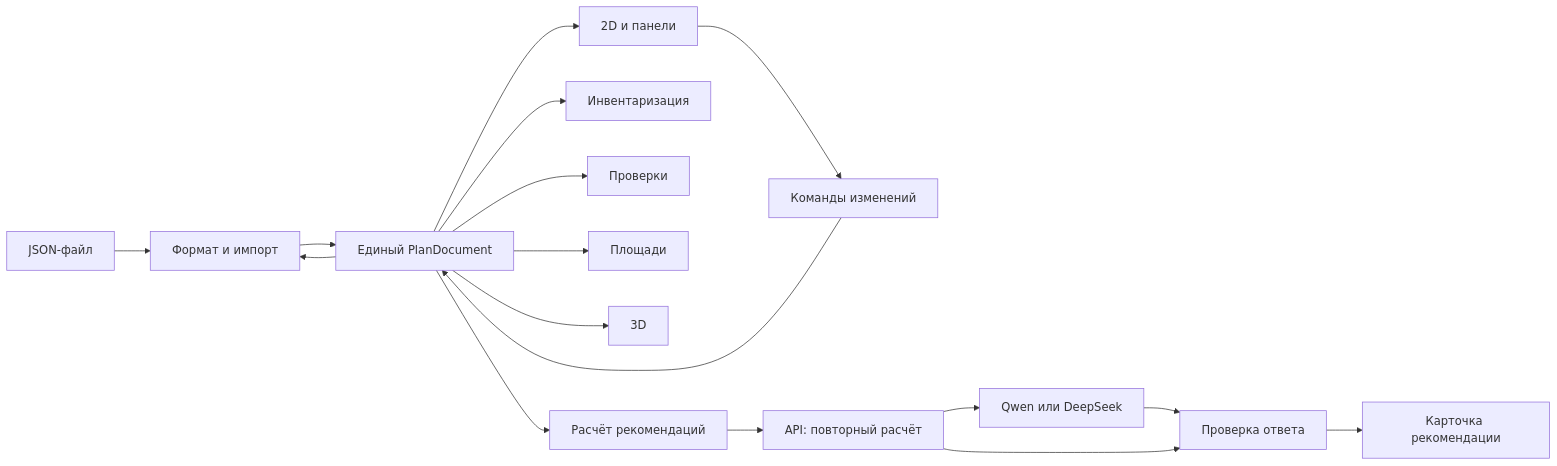
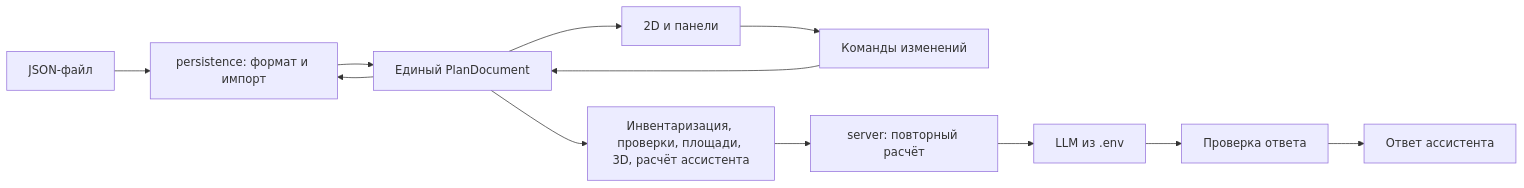
Before and after one commit to Chichetin/tsifrovoy-dvoynik-otdeleniya-pochty-rossii: the diagram in docs/architecture.md, drawn with Mermaid. The commit also changed other lines of this file and 13 other files, not shown here.

Commit message:
docs: research удалён, architecture и decisions сокращены, правило записи в документы (#77)

````diff
--- a/docs/architecture.md
+++ b/docs/architecture.md
@@ -65,19 +9,14 @@
 ```mermaid
 flowchart LR
-  File[JSON-файл] --> Codec[Формат и импорт]
+  File[JSON-файл] --> Codec[persistence: формат и импорт]
   Codec --> State[Единый PlanDocument]
   UI[2D и панели] --> Commands[Команды изменений]
   Commands --> State
   State --> UI
-  State --> Inventory[Инвентаризация]
-  State --> Checks[Проверки]
-  State --> Metrics[Площади]
-  State --> View3D[3D]
-  State --> Calc[Расчёт рекомендаций]
+  State --> Derived[Инвентаризация, проверки, площади, 3D, расчёт ассистента]
   State --> Codec
-  Calc --> Server[API: повторный расчёт]
-  Server --> LLM[Qwen или DeepSeek]
+  Derived --> Server[server: повторный расчёт]
+  Server --> LLM[LLM из .env]
   LLM --> Guard[Проверка ответа]
-  Server --> Guard
-  Guard --> Advice[Карточка рекомендации]
+  Guard --> Advice[Ответ ассистента]
 ```
````
